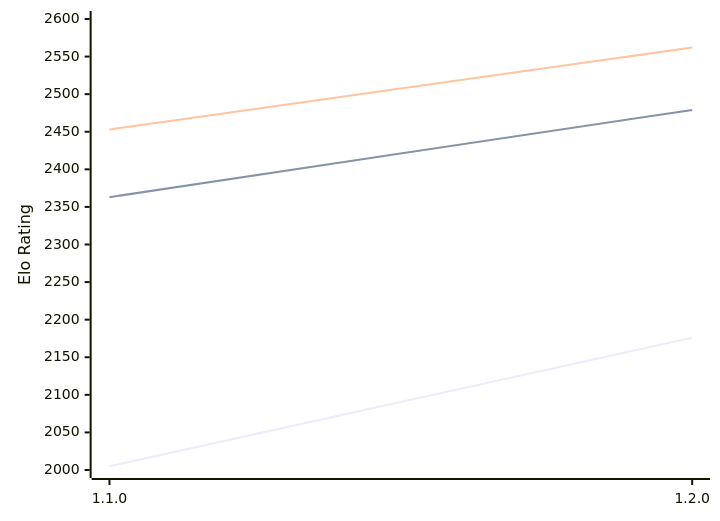
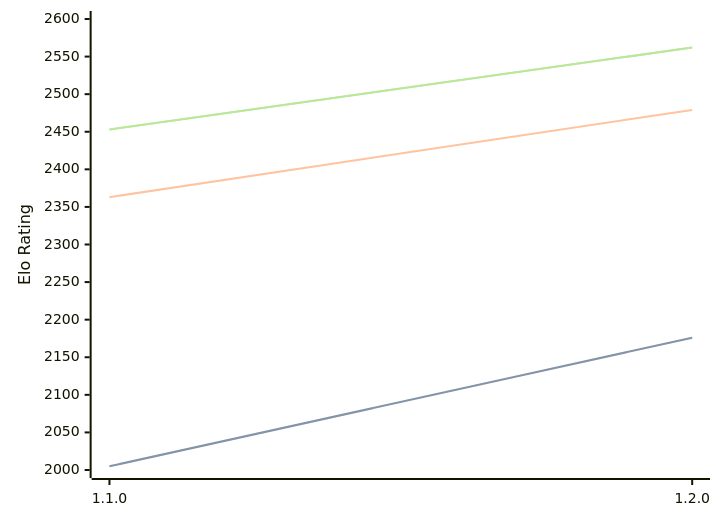
The diagram in engines/Gyatso.md (computer-chess-index/cci), drawn with Mermaid before and after one commit. The commit also changed other lines of this file, not shown here.

Commit message:
Update CCI Ratings (ELO VLTC) - 2026-02-13

````diff
--- a/engines/Gyatso.md
+++ b/engines/Gyatso.md
@@ -30,9 +30,11 @@
 ```mermaid
 %%{init: {"theme":"base","themeVariables":{"seriesColors:['#a3a3a3','#222221','#faa371']}}}%%
 xychart-beta
   x-axis ["1.1.0", "1.2.0"]
   y-axis "Elo Rating" 2000 --> 2600
   line "STC (8.0+0.08s)" [2005, 2176]
+  line "STC (8.0+0.08s)" [2005, 2176]
   line "LTC (60.0+0.60s)" [2363, 2479]
   line "VLTC (2m24s+1.12s)" [2453, 2562]
+  line "VLTC (2m24s+1.12s)" [2453, 2562]
 ```
````
